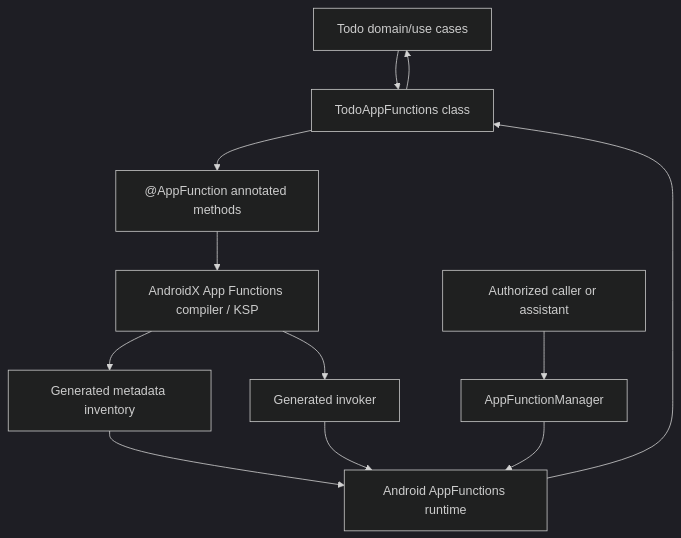
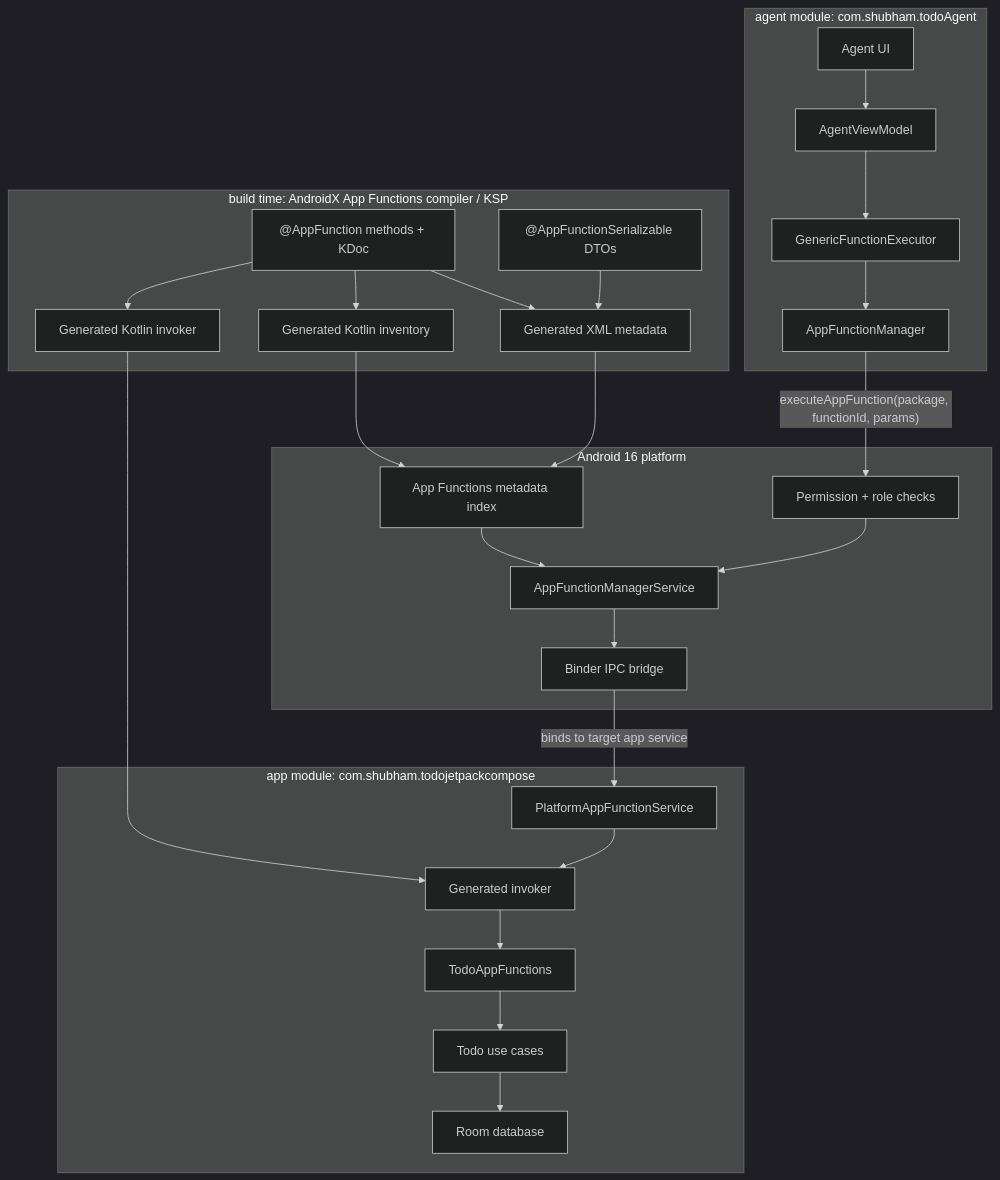
One commit to gptshubham595/Android-App-Functions-Ai-Task-Controller-Compose changed the first of 3 diagrams in article.md. Above: the diagram before and after it, drawn with Mermaid (dark theme). The commit also changed other lines of this file, not shown here.

Commit message:
Added Agent And App Functions

````diff
--- a/article.md
+++ b/article.md
@@ -556,14 +362,52 @@
 ```mermaid
 flowchart TD
-    A["Todo domain/use cases"] --> B["TodoAppFunctions class"]
-    B --> C["@AppFunction annotated methods"]
-    C --> D["AndroidX App Functions compiler / KSP"]
-    D --> E["Generated metadata inventory"]
-    D --> F["Generated invoker"]
-    E --> G["Android AppFunctions runtime"]
-    F --> G
-    H["Authorized caller or assistant"] --> I["AppFunctionManager"]
-    I --> G
-    G --> B
-    B --> A
+    subgraph AgentModule["agent module: com.shubham.todoAgent"]
+        A1["Agent UI"]
+        A2["AgentViewModel"]
+        A3["GenericFunctionExecutor"]
+        A4["AppFunctionManager"]
+        A1 --> A2
+        A2 --> A3
+        A3 --> A4
+    end
+
+    subgraph Android16["Android 16 platform"]
+        S1["Permission + role checks"]
+        S2["App Functions metadata index"]
+        S3["AppFunctionManagerService"]
+        S4["Binder IPC bridge"]
+        S1 --> S3
+        S2 --> S3
+        S3 --> S4
+    end
+
+    subgraph AppModule["app module: com.shubham.todojetpackcompose"]
+        B1["PlatformAppFunctionService"]
+        B2["Generated invoker"]
+        B3["TodoAppFunctions"]
+        B4["Todo use cases"]
+        B5["Room database"]
+        B1 --> B2
+        B2 --> B3
+        B3 --> B4
+        B4 --> B5
+    end
+
+    subgraph BuildTime["build time: AndroidX App Functions compiler / KSP"]
+        K1["@AppFunction methods + KDoc"]
+        K2["@AppFunctionSerializable DTOs"]
+        K3["Generated XML metadata"]
+        K4["Generated Kotlin inventory"]
+        K5["Generated Kotlin invoker"]
+        K1 --> K3
+        K2 --> K3
+        K1 --> K4
+        K1 --> K5
+    end
+
+    K3 --> S2
+    K4 --> S2
+    K5 --> B2
+    A4 -->|"executeAppFunction(package, functionId, params)"| S1
+    S4 -->|"binds to target app service"| B1
 ```
````
